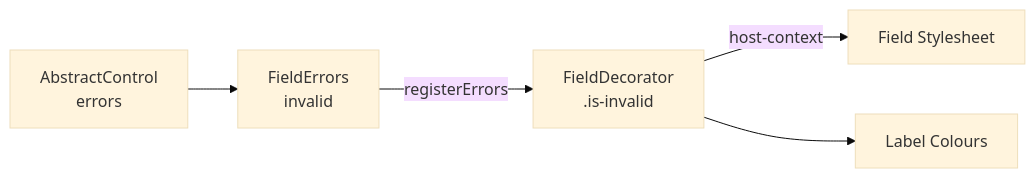
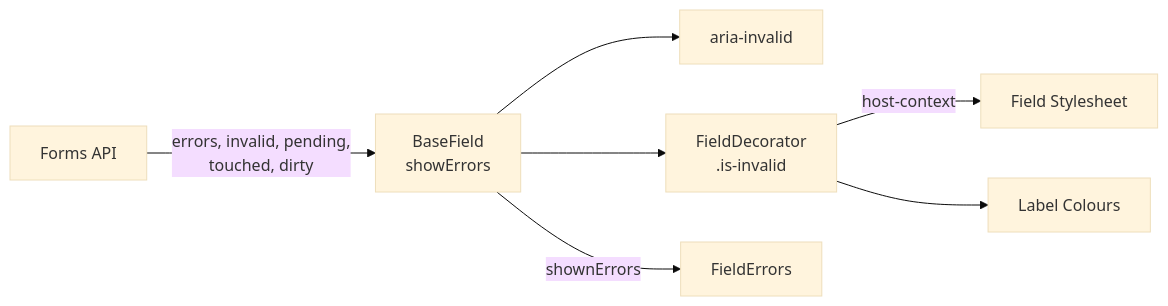
The first of 2 diagrams in .documentation/tech/decoration.md (Cynthion/ngx-formidable), drawn with Mermaid (base theme) before and after one commit. The commit also changed other lines of this file and 56 other files, not shown here.

````diff
--- a/.documentation/tech/decoration.md
+++ b/.documentation/tech/decoration.md
@@ -33,7 +27,9 @@
 ```mermaid
 flowchart LR
-  Control[AbstractControl<br/>errors] --> Errors[FieldErrors<br/>invalid]
-  Errors -->|registerErrors| Decorator[FieldDecorator<br/>.is-invalid]
-  Decorator -->|host-context| Field[Field Stylesheet]
+  Api[Forms API] -->|errors, invalid, pending,<br/>touched, dirty| Field[BaseField<br/>showErrors]
+  Field --> Aria[aria-invalid]
+  Field --> Decorator[FieldDecorator<br/>.is-invalid]
+  Field -->|shownErrors| Messages[FieldErrors]
+  Decorator -->|host-context| Styles[Field Stylesheet]
   Decorator --> Label[Label Colours]
 ```
````
